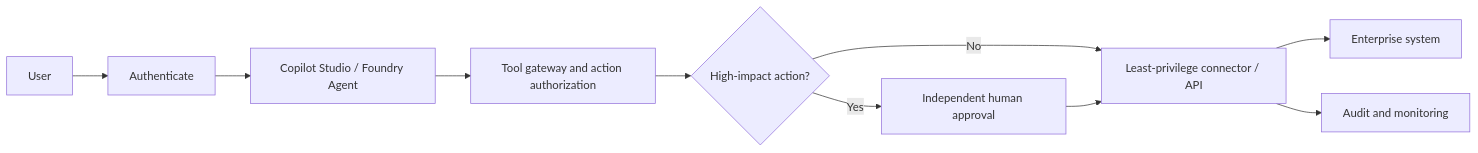
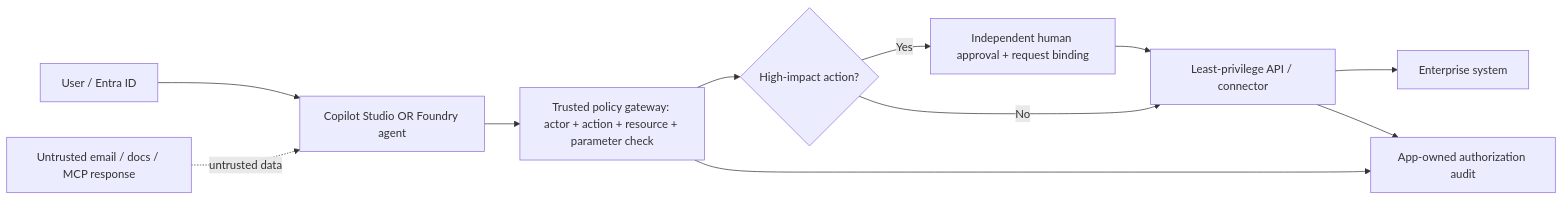
Before and after one commit to mhartson310/Azure-AI-Security-Reference-Architectures: the diagram in 02-secure-agentic-ai/README.md, drawn with Mermaid. The commit also changed other lines of this file and 28 other files, not shown here.

First line of the commit message:
Publish Agentic AI and Governed MLOps V2 security reference architectures

````diff
--- a/02-secure-agentic-ai/README.md
+++ b/02-secure-agentic-ai/README.md
@@ -5,12 +26,13 @@
 ```mermaid
 flowchart LR
-U[User] --> I[Authenticate]
-I --> AG[Copilot Studio / Foundry Agent]
-AG --> G[Tool gateway and action authorization]
-G --> A{High-impact action?}
-A -- Yes --> H[Independent human approval]
-A -- No --> API[Least-privilege connector / API]
-H --> API
-API --> SYS[Enterprise system]
-API --> LOG[Audit and monitoring]
+  U["User / Entra ID"] --> AG["Copilot Studio OR Foundry agent"]
+  EXT["Untrusted email / docs / MCP response"] -. "untrusted data" .-> AG
+  AG --> G["Trusted policy gateway: actor + action + resource + parameter check"]
+  G --> H{"High-impact action?"}
+  H -- "Yes" --> A["Independent human approval + request binding"]
+  H -- "No" --> API["Least-privilege API / connector"]
+  A --> API
+  API --> D["Enterprise system"]
+  G --> AUD["App-owned authorization audit"]
+  API --> AUD
 ```
````
